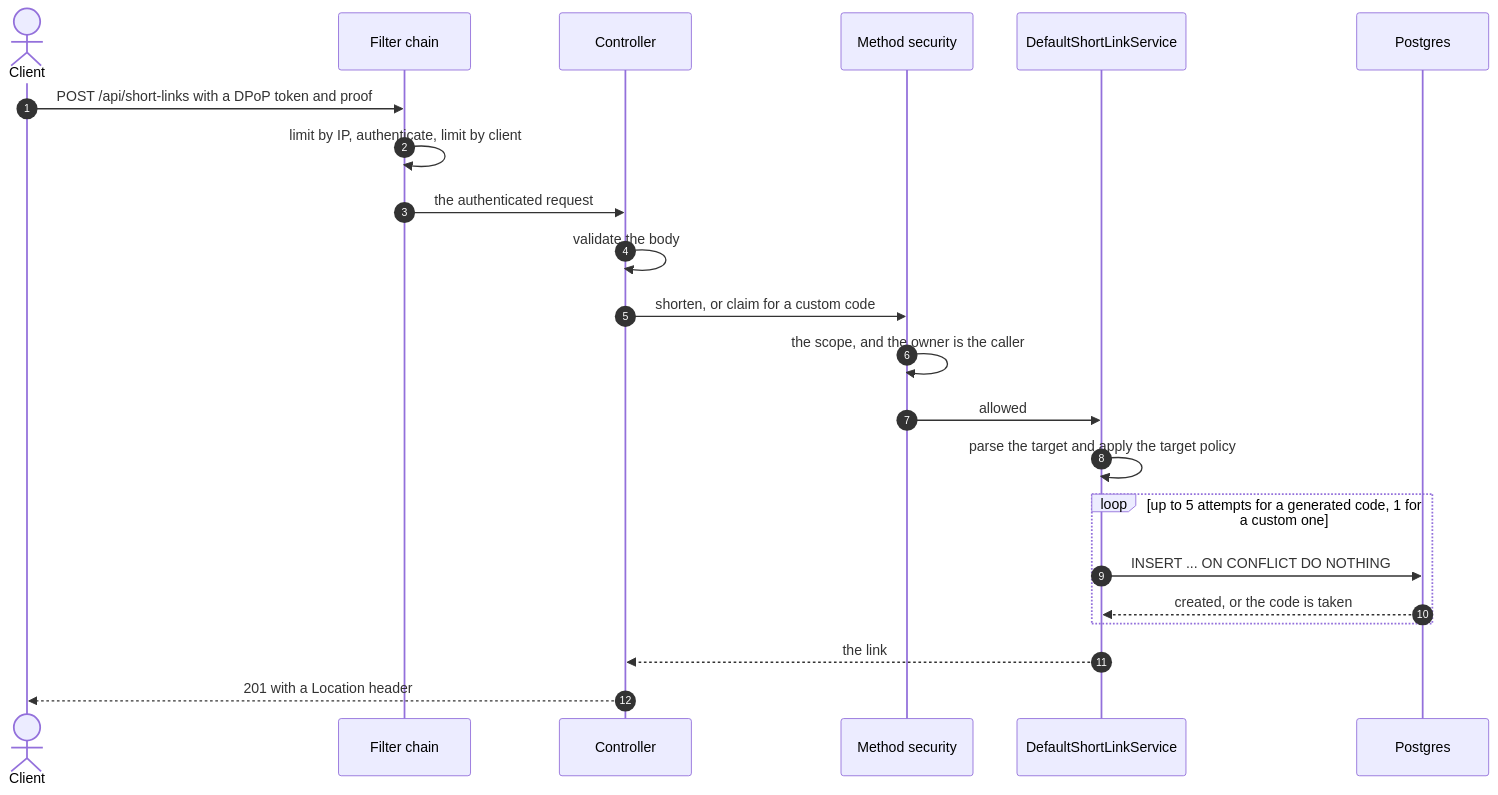
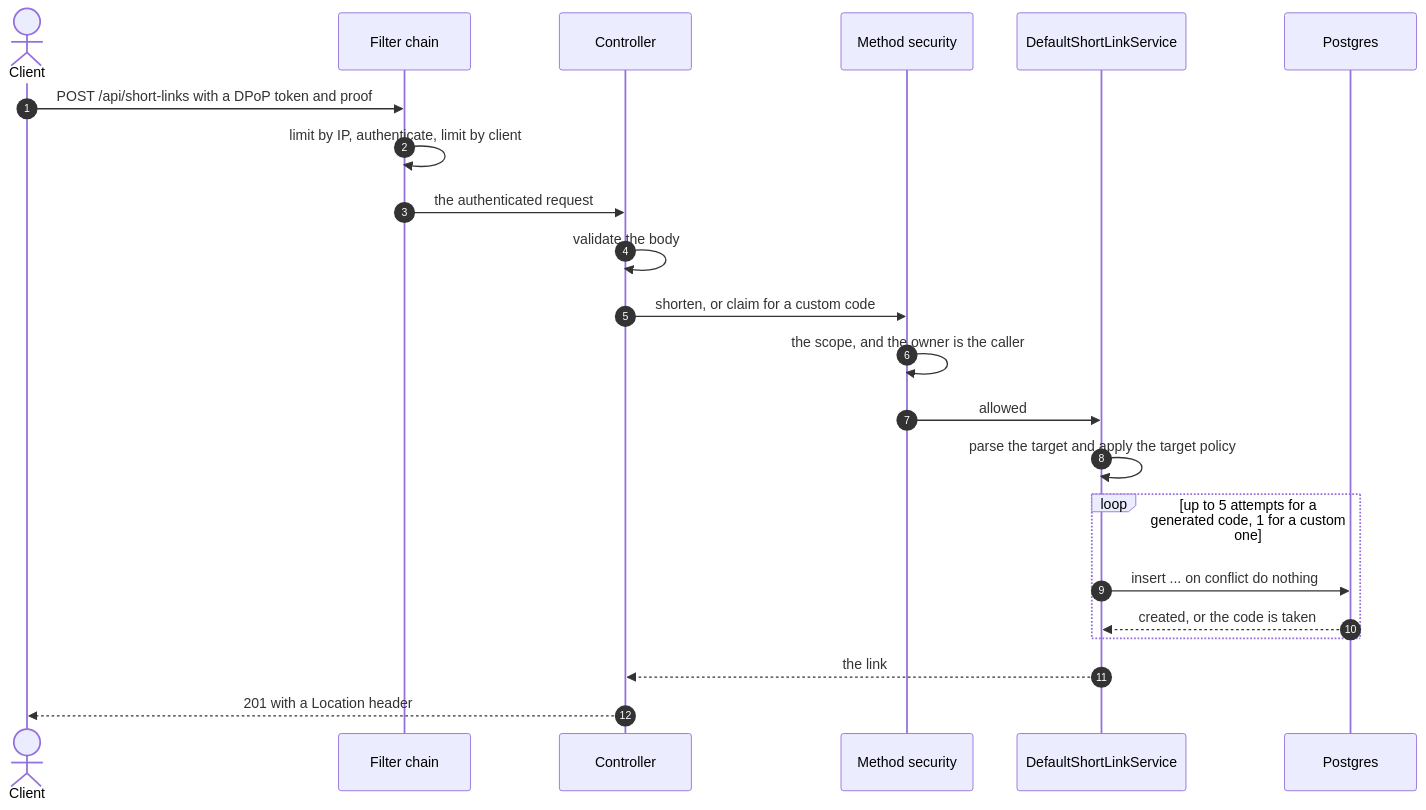
The first of 7 diagrams in docs/INTERNALS.md (christ008/shortener), drawn with Mermaid before and after one commit. The commit also changed other lines of this file and 113 other files, not shown here.

````diff
--- a/docs/INTERNALS.md
+++ b/docs/INTERNALS.md
@@ -46,24 +46,24 @@
 ```mermaid
 sequenceDiagram
     autonumber
     actor Client
     participant Chain as Filter chain
     participant Controller
     participant Security as Method security
     participant Service as DefaultShortLinkService
     participant DB as Postgres
     Client->>Chain: POST /api/short-links with a DPoP token and proof
     Chain->>Chain: limit by IP, authenticate, limit by client
     Chain->>Controller: the authenticated request
     Controller->>Controller: validate the body
     Controller->>Security: shorten, or claim for a custom code
     Security->>Security: the scope, and the owner is the caller
     Security->>Service: allowed
     Service->>Service: parse the target and apply the target policy
     loop up to 5 attempts for a generated code, 1 for a custom one
-        Service->>DB: INSERT ... ON CONFLICT DO NOTHING
+        Service->>DB: insert ... on conflict do nothing
         DB-->>Service: created, or the code is taken
     end
     Service-->>Controller: the link
     Controller-->>Client: 201 with a Location header
 ```
````
